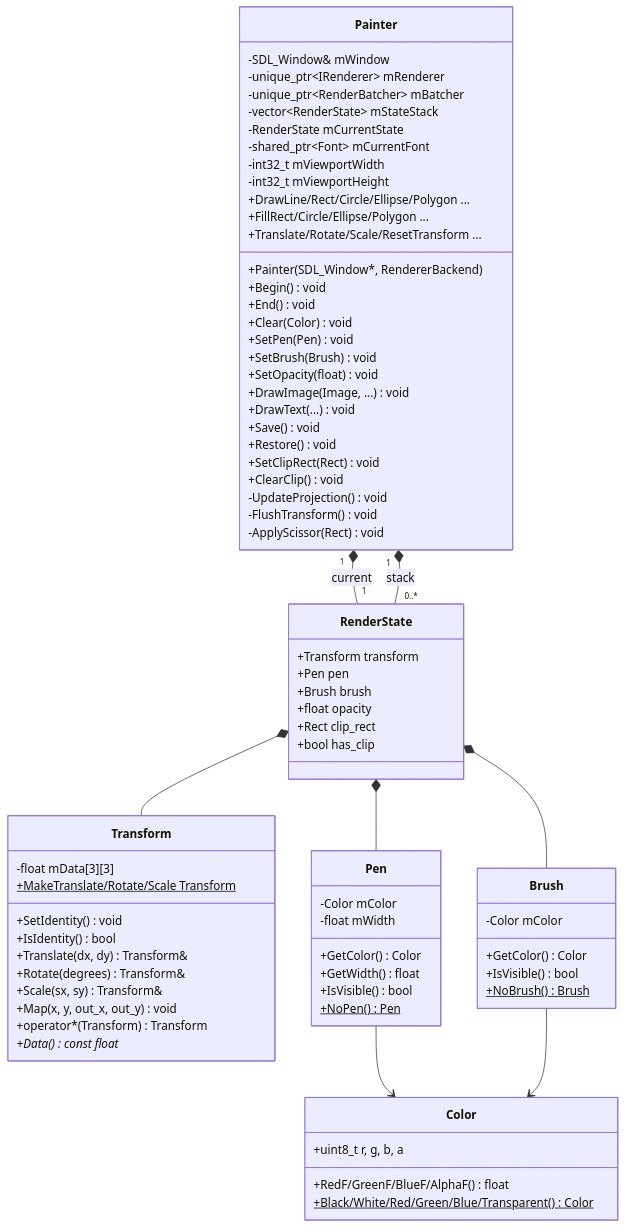
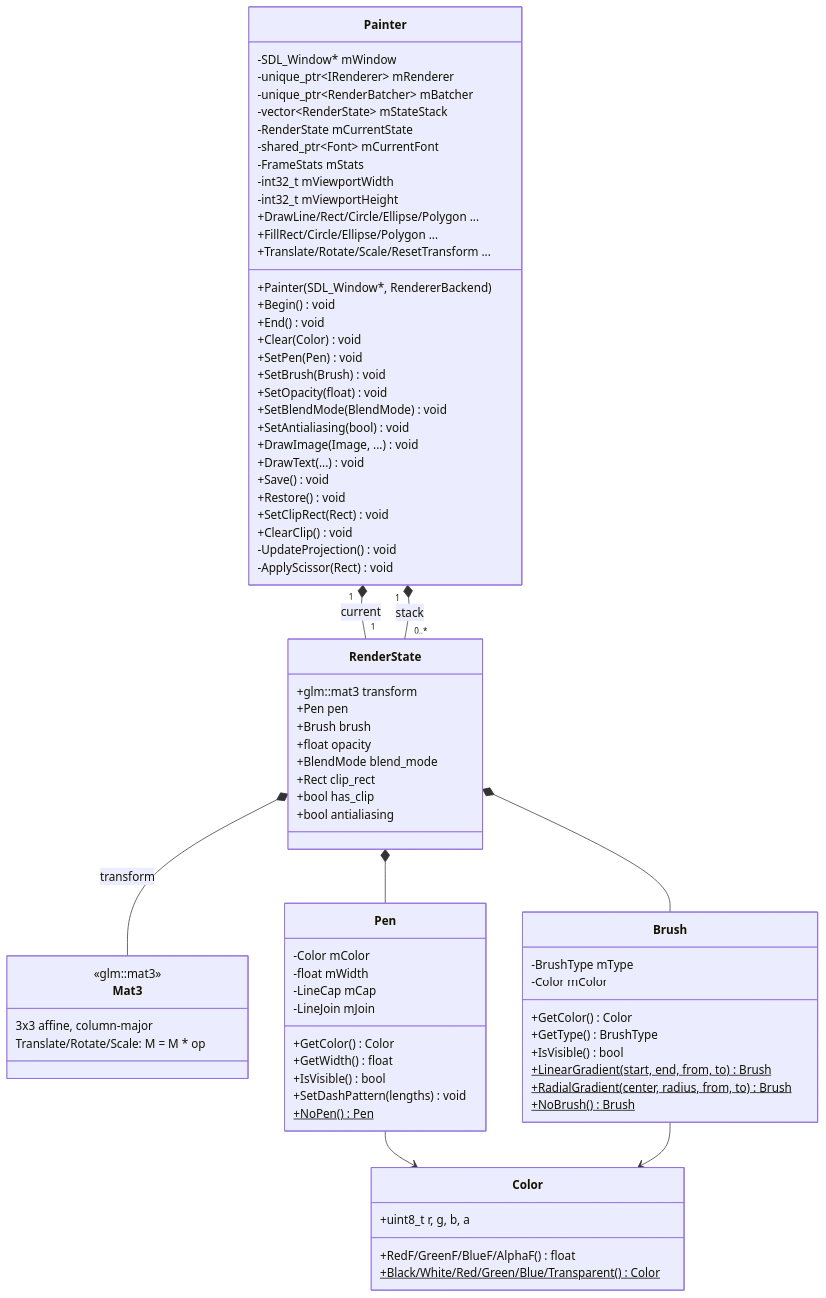
One commit to yazilimperver/sdl-painter changed the first of 6 diagrams in doc/sinif-diyagrami.md. Above: the diagram before and after it, drawn with Mermaid. The commit also changed other lines of this file and 10 other files, not shown here.

```diff
--- a/doc/sinif-diyagrami.md
+++ b/doc/sinif-diyagrami.md
@@ -19,12 +19,13 @@
     direction TB
 
     class Painter {
-        -SDL_Window& mWindow
+        -SDL_Window* mWindow
         -unique_ptr~IRenderer~ mRenderer
         -unique_ptr~RenderBatcher~ mBatcher
         -vector~RenderState~ mStateStack
         -RenderState mCurrentState
         -shared_ptr~Font~ mCurrentFont
+        -FrameStats mStats
         -int32_t mViewportWidth
         -int32_t mViewportHeight
         +Painter(SDL_Window*, RendererBackend)
@@ -34,6 +35,8 @@
         +SetPen(Pen) void
         +SetBrush(Brush) void
         +SetOpacity(float) void
+        +SetBlendMode(BlendMode) void
+        +SetAntialiasing(bool) void
         +DrawLine/Rect/Circle/Ellipse/Polygon ...
         +FillRect/Circle/Ellipse/Polygon ...
         +DrawImage(Image, ...) void
@@ -44,45 +47,46 @@
         +SetClipRect(Rect) void
         +ClearClip() void
         -UpdateProjection() void
-        -FlushTransform() void
         -ApplyScissor(Rect) void
     }
 
     class RenderState {
-        +Transform transform
+        +glm::mat3 transform
         +Pen pen
         +Brush brush
         +float opacity
+        +BlendMode blend_mode
         +Rect clip_rect
         +bool has_clip
+        +bool antialiasing
     }
 
-    class Transform {
-        -float mData[3][3]
-        +SetIdentity() void
-        +IsIdentity() bool
-        +Translate(dx, dy) Transform&
-        +Rotate(degrees) Transform&
-        +Scale(sx, sy) Transform&
-        +Map(x, y, out_x, out_y) void
-        +operator*(Transform) Transform
-        +Data() const float*
-        +MakeTranslate/Rotate/Scale Transform$
+    class Mat3 {
+        <<glm::mat3>>
+        3x3 affine, column-major
+        Translate/Rotate/Scale: M = M * op
     }
 
     class Pen {
         -Color mColor
         -float mWidth
+        -LineCap mCap
+        -LineJoin mJoin
         +GetColor() Color
         +GetWidth() float
         +IsVisible() bool
+        +SetDashPattern(lengths) void
         +NoPen() Pen$
     }
 
     class Brush {
+        -BrushType mType
         -Color mColor
         +GetColor() Color
+        +GetType() BrushType
         +IsVisible() bool
+        +LinearGradient(start, end, from, to) Brush$
+        +RadialGradient(center, radius, from, to) Brush$
         +NoBrush() Brush$
     }
 
@@ -94,7 +98,7 @@
 
     Painter "1" *-- "1" RenderState : current
     Painter "1" *-- "0..*" RenderState : stack
-    RenderState *-- Transform
+    RenderState *-- Mat3 : transform
     RenderState *-- Pen
     RenderState *-- Brush
     Pen --> Color
```
